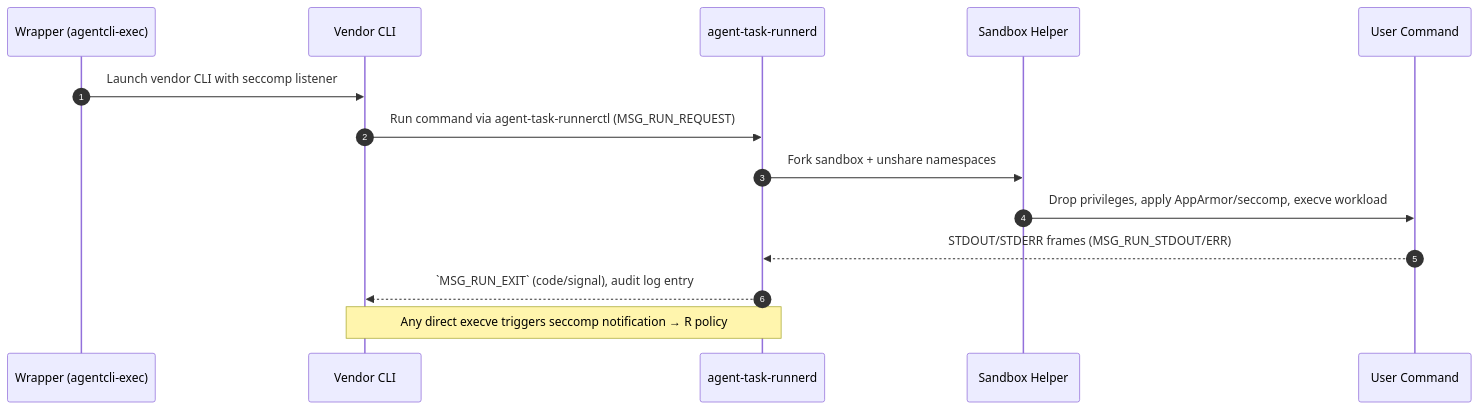
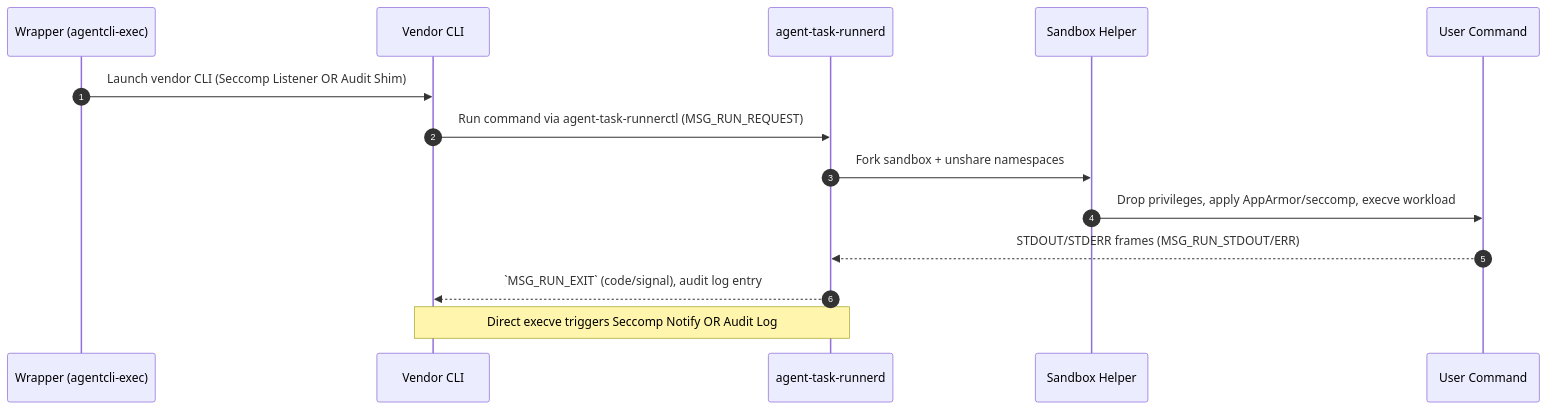
The diagram in docs/security/agent-task-runner.md (novotnyllc/ContainAI), drawn with Mermaid before and after one commit. The commit also changed other lines of this file and 7 other files, not shown here.

````diff
--- a/docs/security/agent-task-runner.md
+++ b/docs/security/agent-task-runner.md
@@ -33,17 +37,17 @@
 ```mermaid
 sequenceDiagram
     autonumber
     participant W as Wrapper (agentcli-exec)
     participant C as Vendor CLI
     participant R as agent-task-runnerd
     participant S as Sandbox Helper
     participant U as User Command
 
-    W->>C: Launch vendor CLI with seccomp listener
+    W->>C: Launch vendor CLI (Seccomp Listener OR Audit Shim)
     C->>R: Run command via agent-task-runnerctl (MSG_RUN_REQUEST)
     R->>S: Fork sandbox + unshare namespaces
     S->>U: Drop privileges, apply AppArmor/seccomp, execve workload
     U-->>R: STDOUT/STDERR frames (MSG_RUN_STDOUT/ERR)
     R-->>C: `MSG_RUN_EXIT` (code/signal), audit log entry
-    Note over C,R: Any direct execve triggers seccomp notification → R policy
+    Note over C,R: Direct execve triggers Seccomp Notify OR Audit Log
 ```
````
